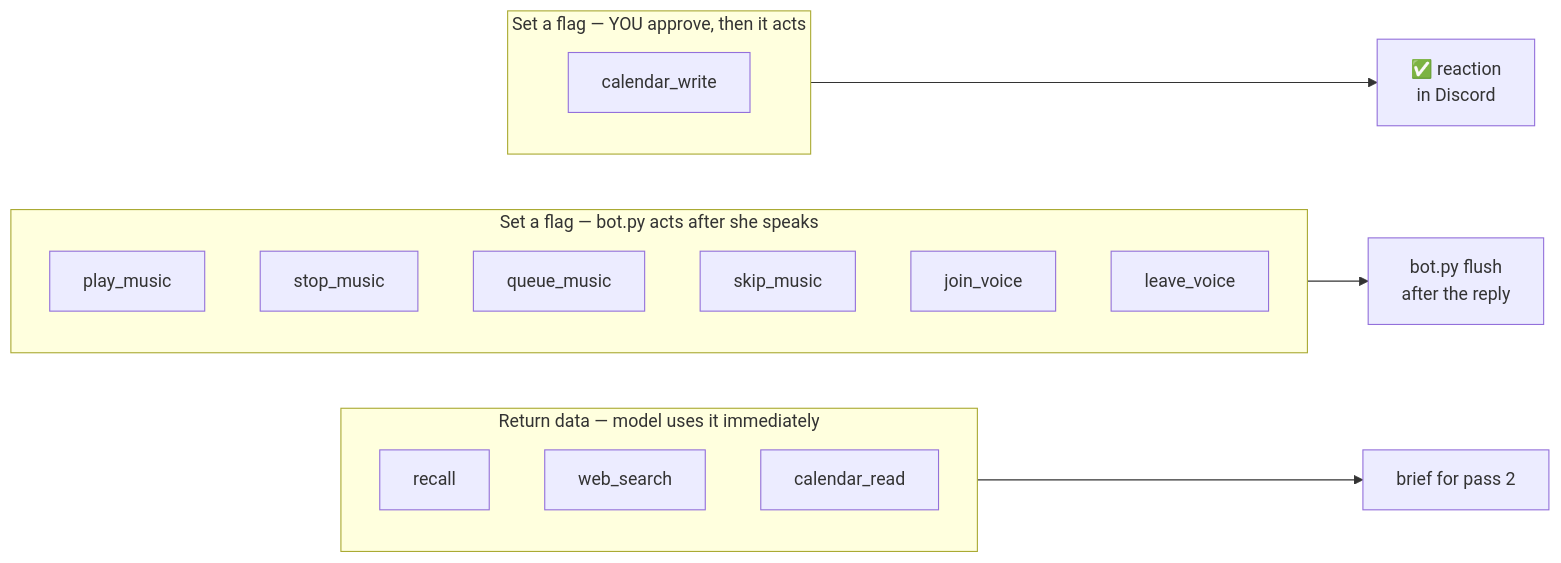
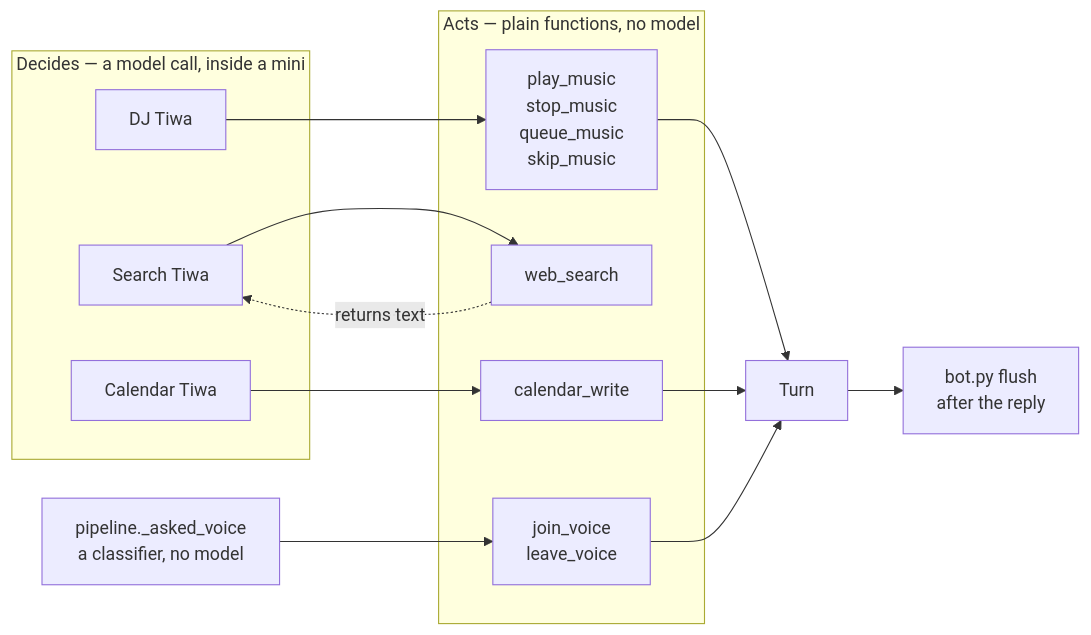
The diagram in docs/concepts/tools.md (krichpapath/Tiwa-Utility-Chatbot), drawn with Mermaid before and after one commit. The commit also changed other lines of this file and 17 other files, not shown here.

````diff
--- a/docs/concepts/tools.md
+++ b/docs/concepts/tools.md
@@ -16,22 +24,23 @@
 ```mermaid
 flowchart LR
-    subgraph read["Return data — model uses it immediately"]
-        R1[recall]
-        R2[web_search]
-        R3[calendar_read]
+    subgraph decide["Decides — a model call, inside a mini"]
+        D1[DJ Tiwa]
+        D2[Search Tiwa]
+        D3[Calendar Tiwa]
     end
-    subgraph flag["Set a flag — bot.py acts after she speaks"]
-        F1[play_music]
-        F2[stop_music]
-        F3[queue_music]
-        F4[skip_music]
-        F5[join_voice]
-        F6[leave_voice]
+    subgraph act["Acts — plain functions, no model"]
+        A1[play_music<br/>stop_music<br/>queue_music<br/>skip_music]
+        A2[web_search]
+        A3[calendar_write]
+        A4[join_voice<br/>leave_voice]
     end
-    subgraph gate["Set a flag — YOU approve, then it acts"]
-        G1[calendar_write]
-    end
-    read --> B[brief for pass 2]
-    flag --> C[bot.py flush<br/>after the reply]
-    gate --> D[✅ reaction<br/>in Discord]
+    D1 --> A1
+    D2 --> A2
+    D3 --> A3
+    CL[pipeline._asked_voice<br/>a classifier, no model] --> A4
+    A1 --> T[Turn]
+    A3 --> T
+    A4 --> T
+    T --> F[bot.py flush<br/>after the reply]
+    A2 -.returns text.-> D2
 ```
````
